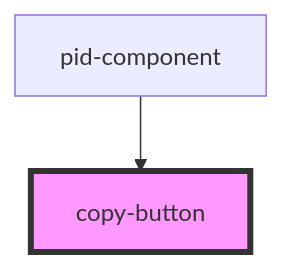
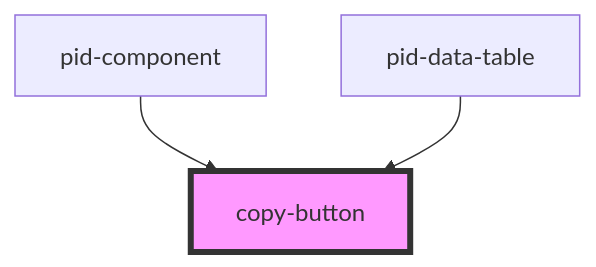
The diagram in packages/stencil-library/src/components/copy-button/readme.md (kit-data-manager/pid-component), drawn with Mermaid before and after one commit. The commit also changed other lines of this file and 20 other files, not shown here.

````diff
--- a/packages/stencil-library/src/components/copy-button/readme.md
+++ b/packages/stencil-library/src/components/copy-button/readme.md
@@ -20,5 +21,6 @@
 ```mermaid
 graph TD;
   pid-component --> copy-button
+  pid-data-table --> copy-button
   style copy-button fill:#f9f,stroke:#333,stroke-width:4px
 ```
````
